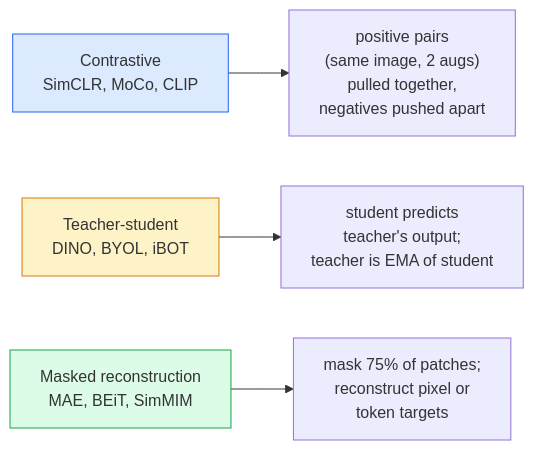
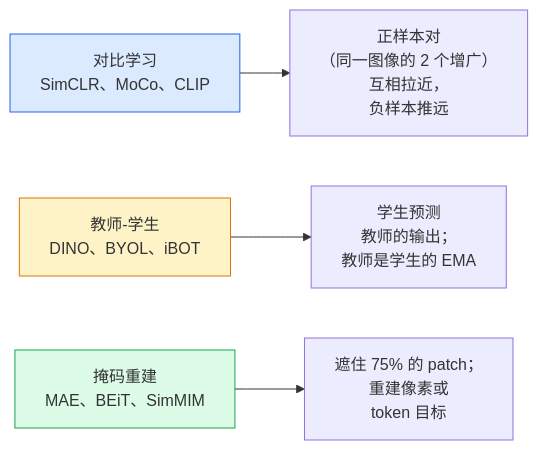
Before and after one commit to JerryC8080/ai-engineering-from-scratch-zh: the diagram in phases/04-computer-vision/17-self-supervised-vision/docs/zh.md, drawn with Mermaid. The commit also changed 156 other files, not shown here.

First line of the commit message:
i18n(zh): translate mermaid diagram labels in 157 lesson zh.md

````diff
--- a/phases/04-computer-vision/17-self-supervised-vision/docs/zh.md
+++ b/phases/04-computer-vision/17-self-supervised-vision/docs/zh.md
@@ -31,10 +31,10 @@
 ```mermaid
 flowchart LR
-    A["Contrastive<br/>SimCLR, MoCo, CLIP"] --> AT["positive pairs<br/>(same image, 2 augs)<br/>pulled together,<br/>negatives pushed apart"]
-    B["Teacher-student<br/>DINO, BYOL, iBOT"] --> BT["student predicts<br/>teacher's output;<br/>teacher is EMA of student"]
-    C["Masked reconstruction<br/>MAE, BEiT, SimMIM"] --> CT["mask 75% of patches;<br/>reconstruct pixel or<br/>token targets"]
+    A["对比学习<br/>SimCLR、MoCo、CLIP"] --> AT["正样本对<br/>（同一图像的 2 个增广）<br/>互相拉近，<br/>负样本推远"]
+    B["教师-学生<br/>DINO、BYOL、iBOT"] --> BT["学生预测<br/>教师的输出；<br/>教师是学生的 EMA"]
+    C["掩码重建<br/>MAE、BEiT、SimMIM"] --> CT["遮住 75% 的 patch；<br/>重建像素或<br/>token 目标"]
 
     style A fill:#dbeafe,stroke:#2563eb
     style B fill:#fef3c7,stroke:#d97706
     style C fill:#dcfce7,stroke:#16a34a
 ```
````
